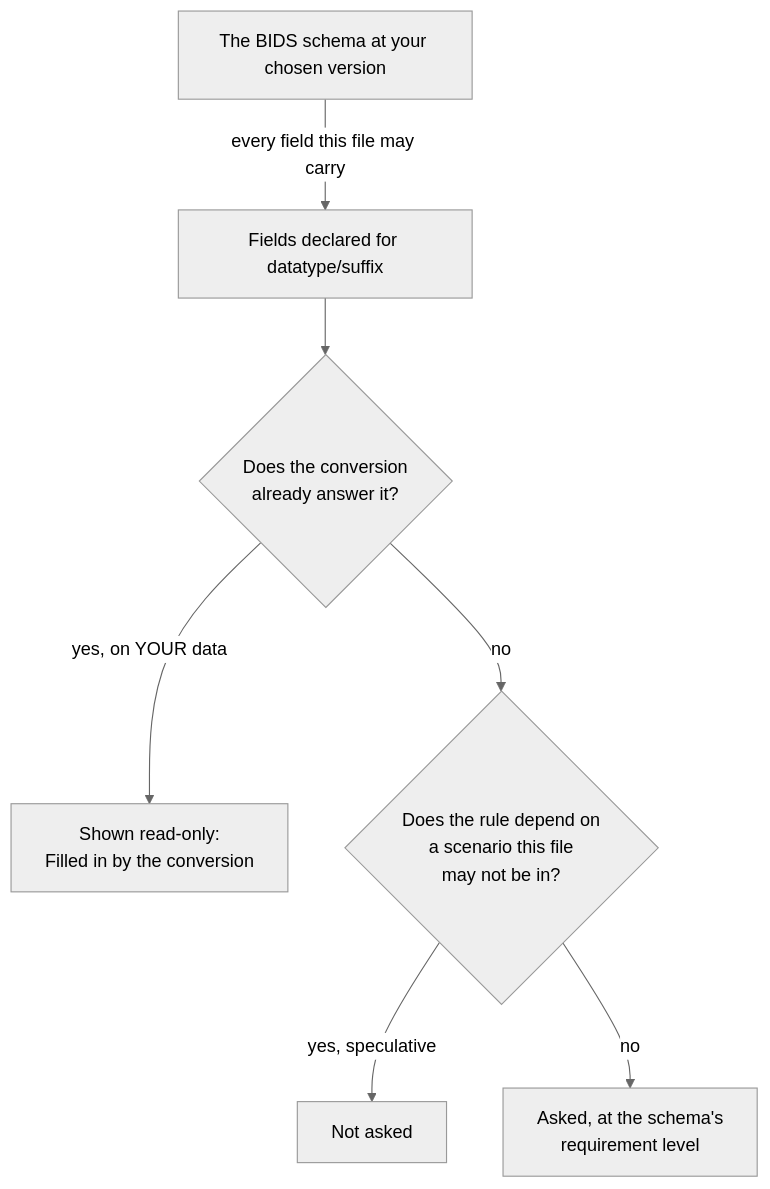
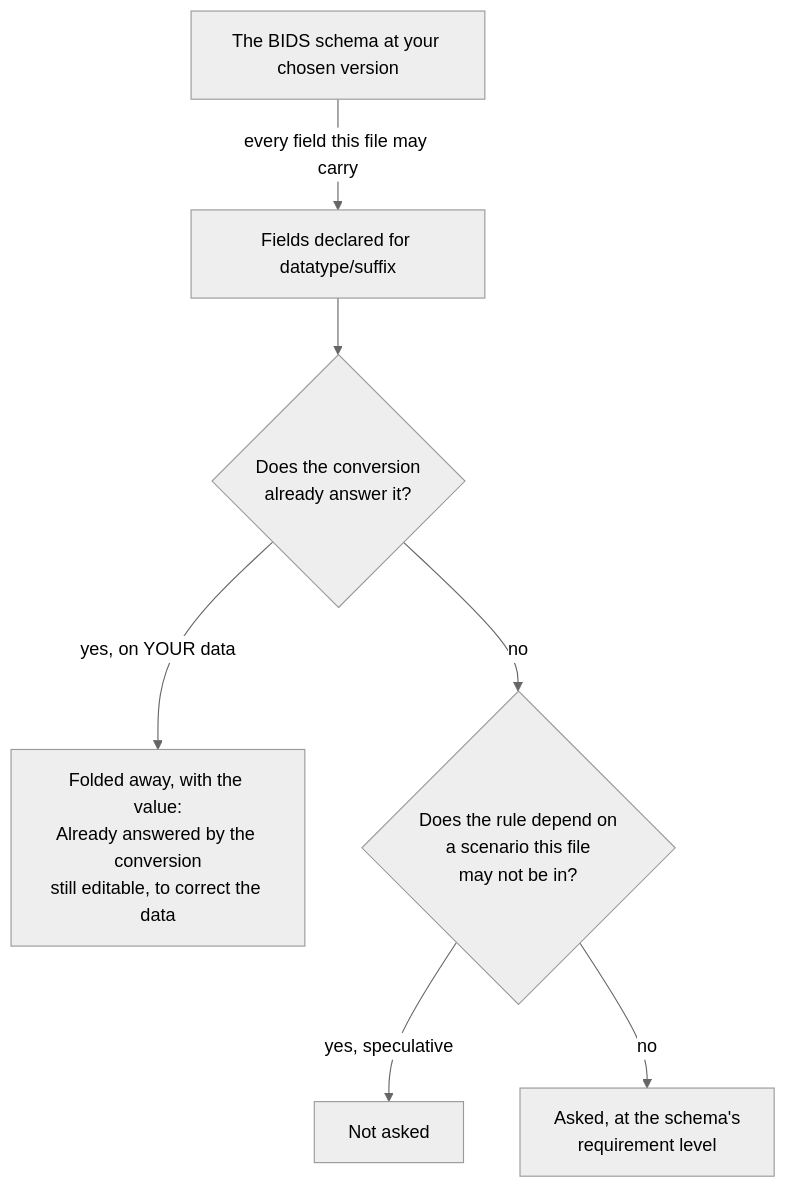
Before and after one commit to karellopez/BIDS-Manager: the second of 5 diagrams in docs/metadata_pipeline.md, drawn with Mermaid (neutral theme). The commit also changed other lines of this file and 6 other files, not shown here.

````diff
--- a/docs/metadata_pipeline.md
+++ b/docs/metadata_pipeline.md
@@ -41,9 +55,9 @@
 ```mermaid
 flowchart TD
     S[The BIDS schema at your chosen version] -->|every field this file may carry| A
     A[Fields declared for datatype/suffix] --> B{Does the conversion<br/>already answer it?}
-    B -->|yes, on YOUR data| SHOWN[Shown read-only:<br/>Filled in by the conversion]
+    B -->|yes, on YOUR data| SHOWN[Folded away, with the value:<br/>Already answered by the conversion<br/>still editable, to correct the data]
     B -->|no| C{Does the rule depend on<br/>a scenario this file<br/>may not be in?}
     C -->|yes, speculative| DROP[Not asked]
     C -->|no| ASK[Asked, at the schema's<br/>requirement level]
 ```
````
